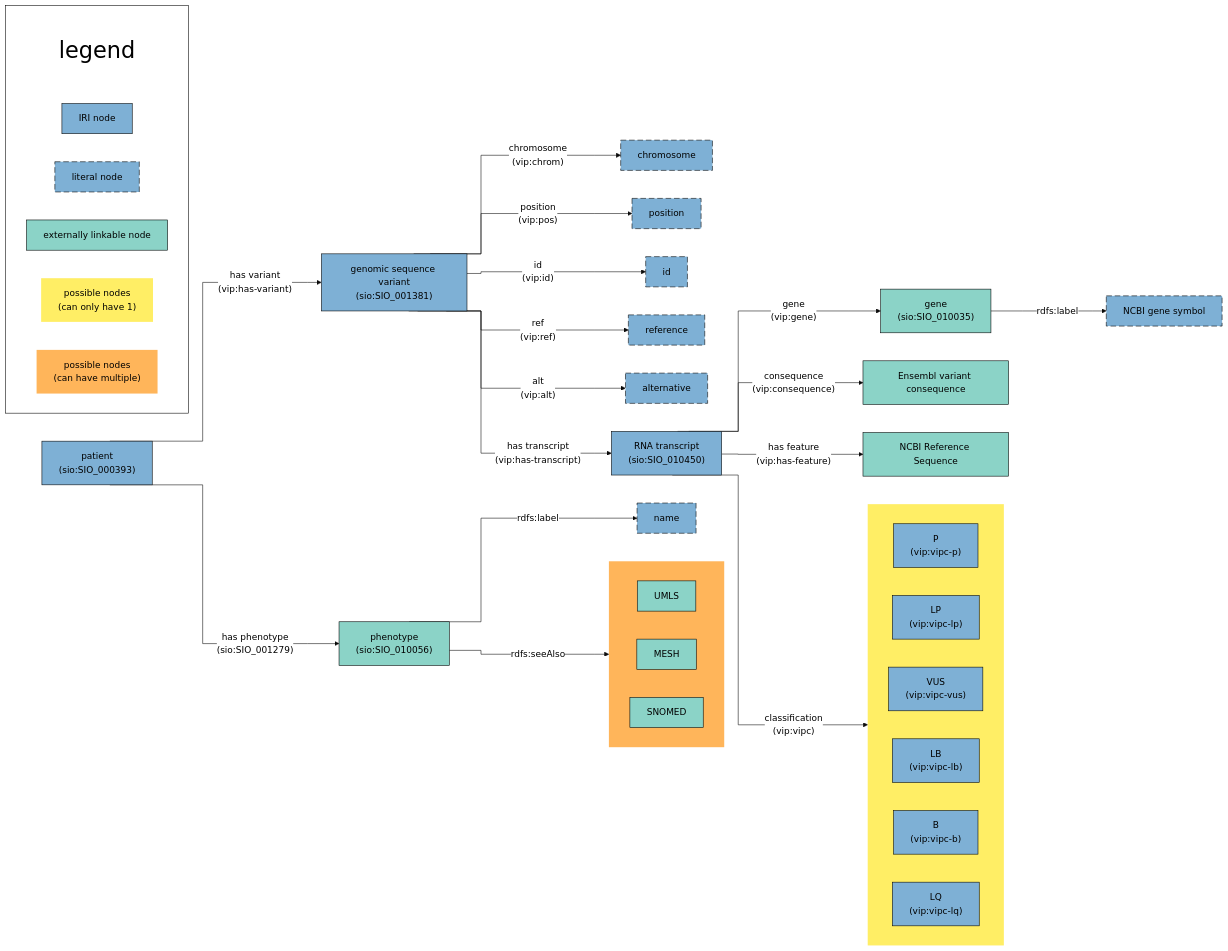
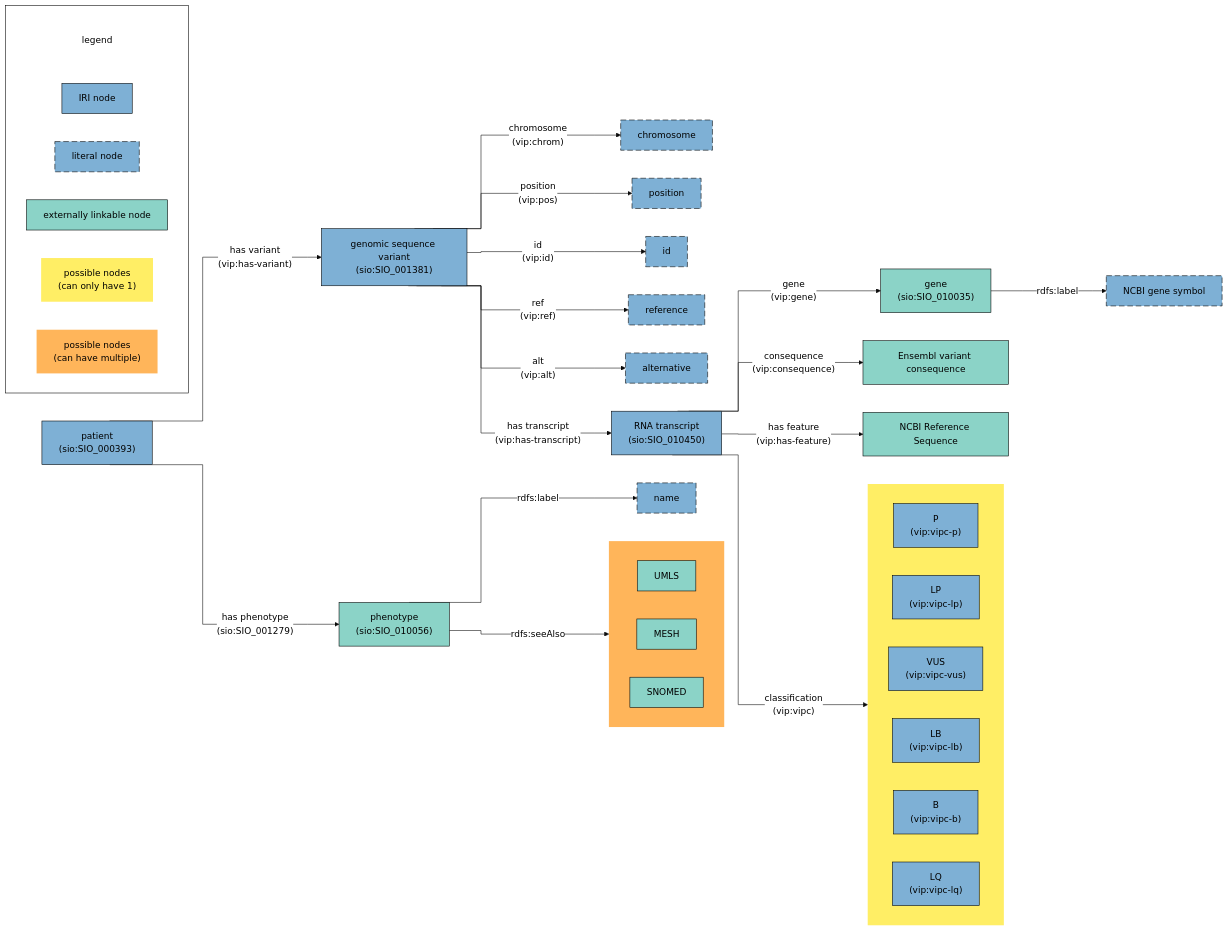
Before and after one commit to molgenis/vip2rdf: the diagram in README.md, drawn with Mermaid. The commit also changed other lines of this file, not shown here.

````diff
--- a/README.md
+++ b/README.md
@@ -10,73 +17,73 @@
 ```mermaid
 %%{
     init: {
         'theme': 'base',
         'themeVariables': {
             'primaryTextColor': '#000000',
             'secondaryColor': '#ffffff'
         },
         'flowchart': {
             'curve': 'stepAfter'
         }
     }
 }%%
 flowchart LR
     patient["patient\n(sio:SIO_000393)"]:::iriNode
     patient --->|"has variant\n(vip:has-variant)"| variant["genomic sequence variant\n(sio:SIO_001381)"]:::iriNode
     patient --->|"has phenotype\n(sio:SIO_001279)"| phenotype["phenotype\n(sio:SIO_010056)"]:::externalLink
     
     variant --->|"chromosome\n(vip:chrom)"| chromosome:::literalNode
     variant --->|"position\n(vip:pos)"| position:::literalNode
     variant --->|"id\n(vip:id)"| id:::literalNode
     variant --->|"ref\n(vip:ref)"| reference:::literalNode
     variant --->|"alt\n(vip:alt)"| alternative:::literalNode
     variant --->|"has transcript\n(vip:has-transcript)"| transcript["RNA transcript\n(sio:SIO_010450)"]:::iriNode
     
     transcript --->|"gene\n(vip:gene)"| gene["gene\n(sio:SIO_010035)"]:::externalLink
     transcript --->|"classification\n(vip:vipc)"| vipc:::uniquePossibility
     transcript --->|"consequence\n(vip:consequence)"| consequence["Ensembl variant consequence"]:::externalLink
     transcript --->|"has feature\n(vip:has-feature)"| feature["NCBI Reference Sequence"]:::externalLink
     
     gene --->|"rdfs:label"| geneSymbol["NCBI gene symbol"]:::literalNode
     
     phenotype --->|"rdfs:label"| phenotypeName["name"]:::literalNode
     phenotype --->|rdfs:seeAlso| phenotypeSeeAlso:::multiplePossibilities
     
     subgraph phenotypeSeeAlso[" "]
         direction LR
         UMLS:::externalLink
         MESH:::externalLink
         SNOMED:::externalLink
     end
     
     subgraph vipc[" "]
         direction LR
         P["P\n(vip:vipc-p)"]:::iriNode
         LP["LP\n(vip:vipc-lp)"]:::iriNode
         VUS["VUS\n(vip:vipc-vus)"]:::iriNode
         LB["LB\n(vip:vipc-lb)"]:::iriNode
         B["B\n(vip:vipc-b)"]:::iriNode
         LQ["LQ\n(vip:vipc-lq)"]:::iriNode
     end
     
     %% Styles
     classDef iriNode fill:#7eb0d5,stroke:black
     classDef literalNode fill:#7eb0d5,stroke-dasharray: 10 5,stroke:black
     classDef externalLink fill:#8bd3c7,stroke:black
     classDef uniquePossibility fill:#ffee65,stroke:none
     classDef multiplePossibilities fill:#ffb55a,stroke:none
-    classDef subGraphTitle fill:none,stroke:none,font-size:40px
+    classDef subGraphTitle fill:none,stroke:none
     
     %% Legend
     subgraph legend[" "]
         direction LR
         legendTitle["legend"]:::subGraphTitle
         l1[IRI node]:::iriNode
         l2[literal node]:::literalNode
         l3[externally linkable node]:::externalLink
         l4["possible nodes\n(can only have 1)"]:::uniquePossibility
         l5["possible nodes\n(can have multiple)"]:::multiplePossibilities
         
     end
     style legend fill:none,stroke:#000000
 ```
````
